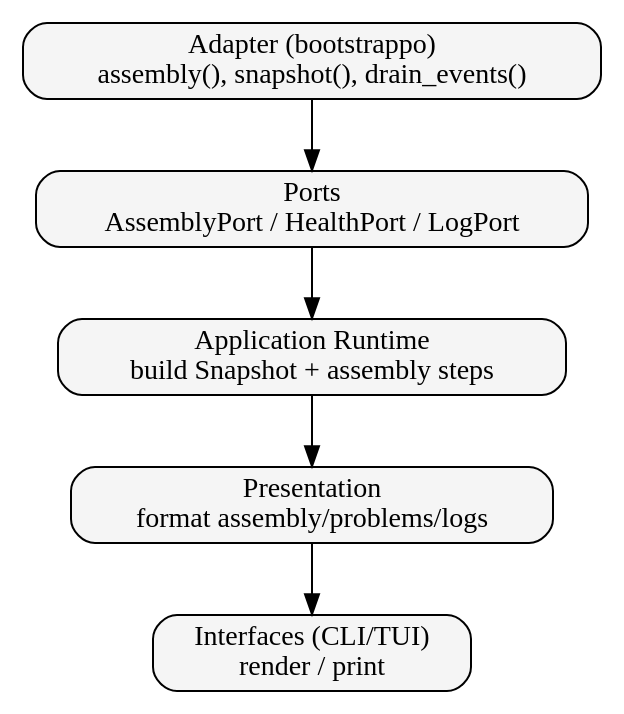
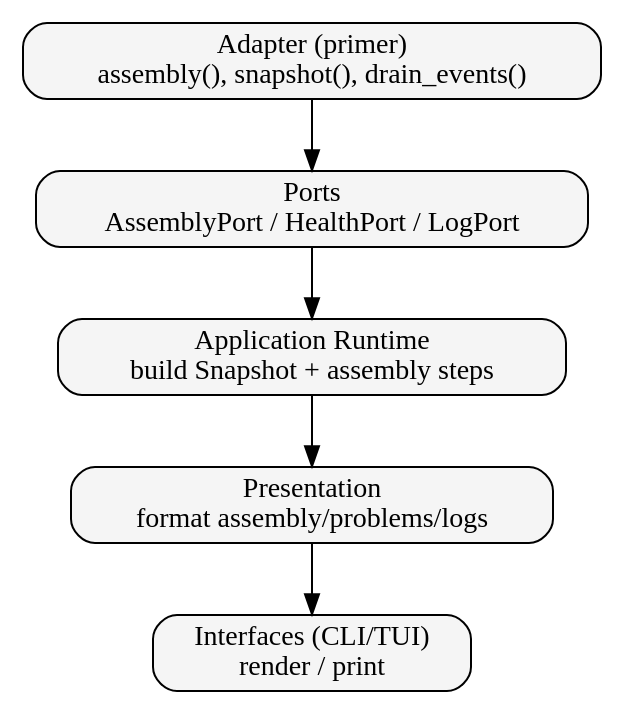
The diagram in docs/book/architecture/runtime-sequence.md (obaven/rotappo), drawn with Graphviz before and after one commit. The commit also changed 72 other files, not shown here.

Commit message:
Rename bootstrappo to primer

````diff
--- a/docs/book/architecture/runtime-sequence.md
+++ b/docs/book/architecture/runtime-sequence.md
@@ -5,14 +5,14 @@
 ```dot process
 digraph RuntimeFlow {
   rankdir=TB;
   node [shape=box, style="rounded,filled", fillcolor="#f5f5f5"];
 
-  adapter [label="Adapter (bootstrappo)\nassembly(), snapshot(), drain_events()"];
+  adapter [label="Adapter (primer)\nassembly(), snapshot(), drain_events()"];
   ports [label="Ports\nAssemblyPort / HealthPort / LogPort"];
   application [label="Application Runtime\nbuild Snapshot + assembly steps"];
   presentation [label="Presentation\nformat assembly/problems/logs"];
   interfaces [label="Interfaces (CLI/TUI)\nrender / print"];
 
   adapter -> ports -> application -> presentation -> interfaces;
 }
 ```
````
